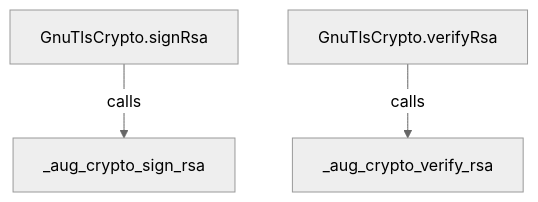
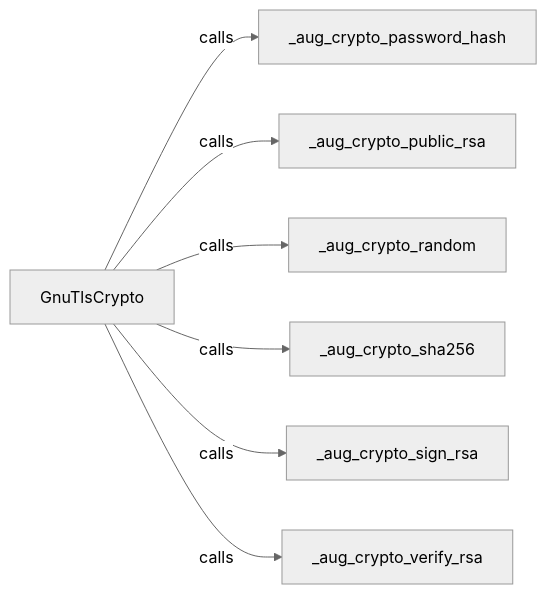
The second of 13 diagrams in docs/examples/oidc-login/dependencies/packages/@git/url_9ef654c66d34ab8f5527/0.0.0-git.b14a0f9aa41f1ce58bd51133bcdc424033e40d40/contracts-diagrams.md (GreenPandaStudios/augscript), drawn with Mermaid (neutral theme) before and after one commit. The commit also changed other lines of this file and 304 other files, not shown here.

Commit message:
Make generated data-flow sequences concise and review every diagram

````diff
--- a/docs/examples/oidc-login/dependencies/packages/@git/url_9ef654c66d34ab8f5527/0.0.0-git.b14a0f9aa41f1ce58bd51133bcdc424033e40d40/contracts-diagrams.md
+++ b/docs/examples/oidc-login/dependencies/packages/@git/url_9ef654c66d34ab8f5527/0.0.0-git.b14a0f9aa41f1ce58bd51133bcdc424033e40d40/contracts-diagrams.md
@@ -85,9 +42,16 @@
 ```mermaid
-flowchart TD
-    n0["GnuTlsCrypto.signRsa"]
-    n1["GnuTlsCrypto.verifyRsa"]
-    n2["_aug_crypto_sign_rsa"]
-    n3["_aug_crypto_verify_rsa"]
+flowchart LR
+    n0["GnuTlsCrypto"]
+    n1["_aug_crypto_password_hash"]
+    n2["_aug_crypto_public_rsa"]
+    n3["_aug_crypto_random"]
+    n4["_aug_crypto_sha256"]
+    n5["_aug_crypto_sign_rsa"]
+    n6["_aug_crypto_verify_rsa"]
+    n0 -->|"calls"| n1
     n0 -->|"calls"| n2
-    n1 -->|"calls"| n3
+    n0 -->|"calls"| n3
+    n0 -->|"calls"| n4
+    n0 -->|"calls"| n5
+    n0 -->|"calls"| n6
 ```
````
